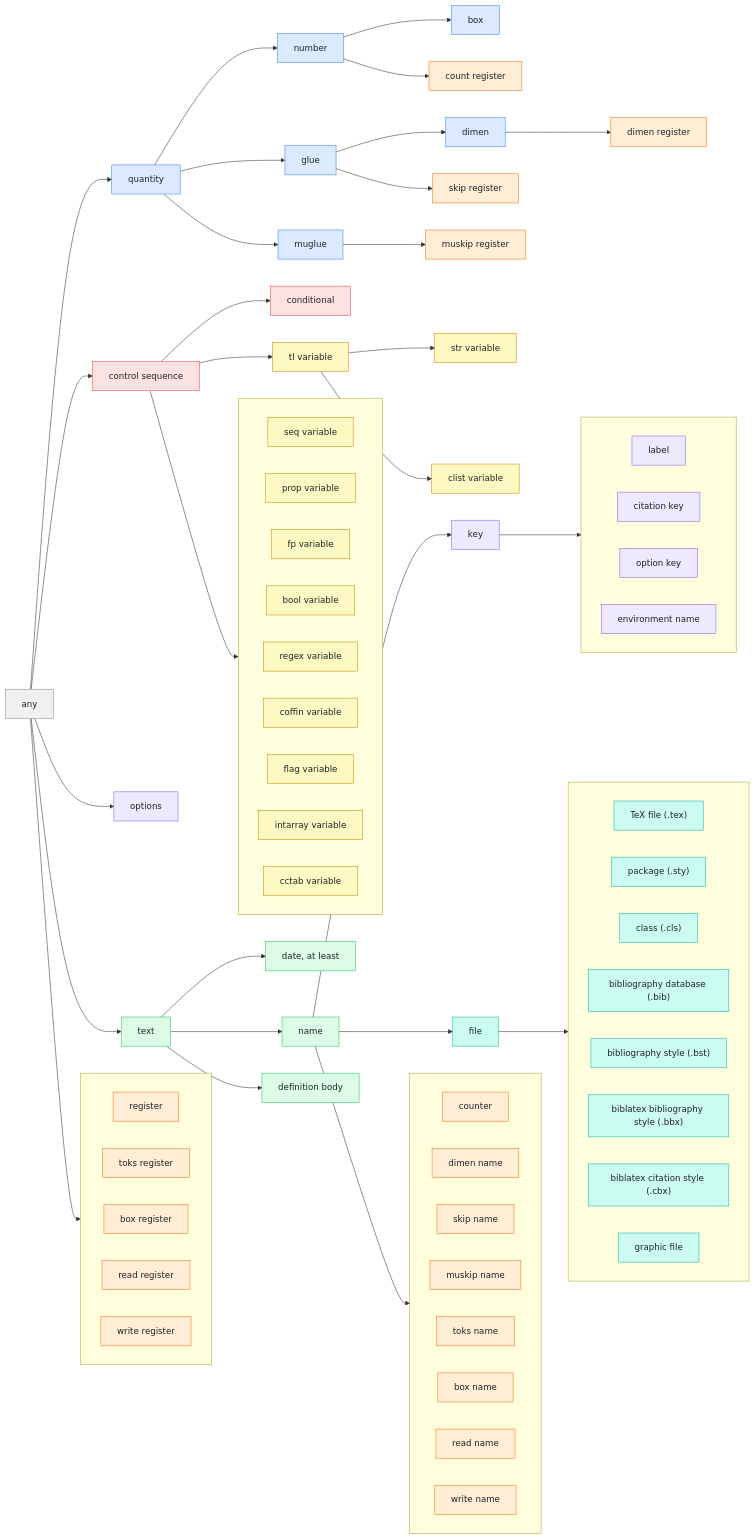
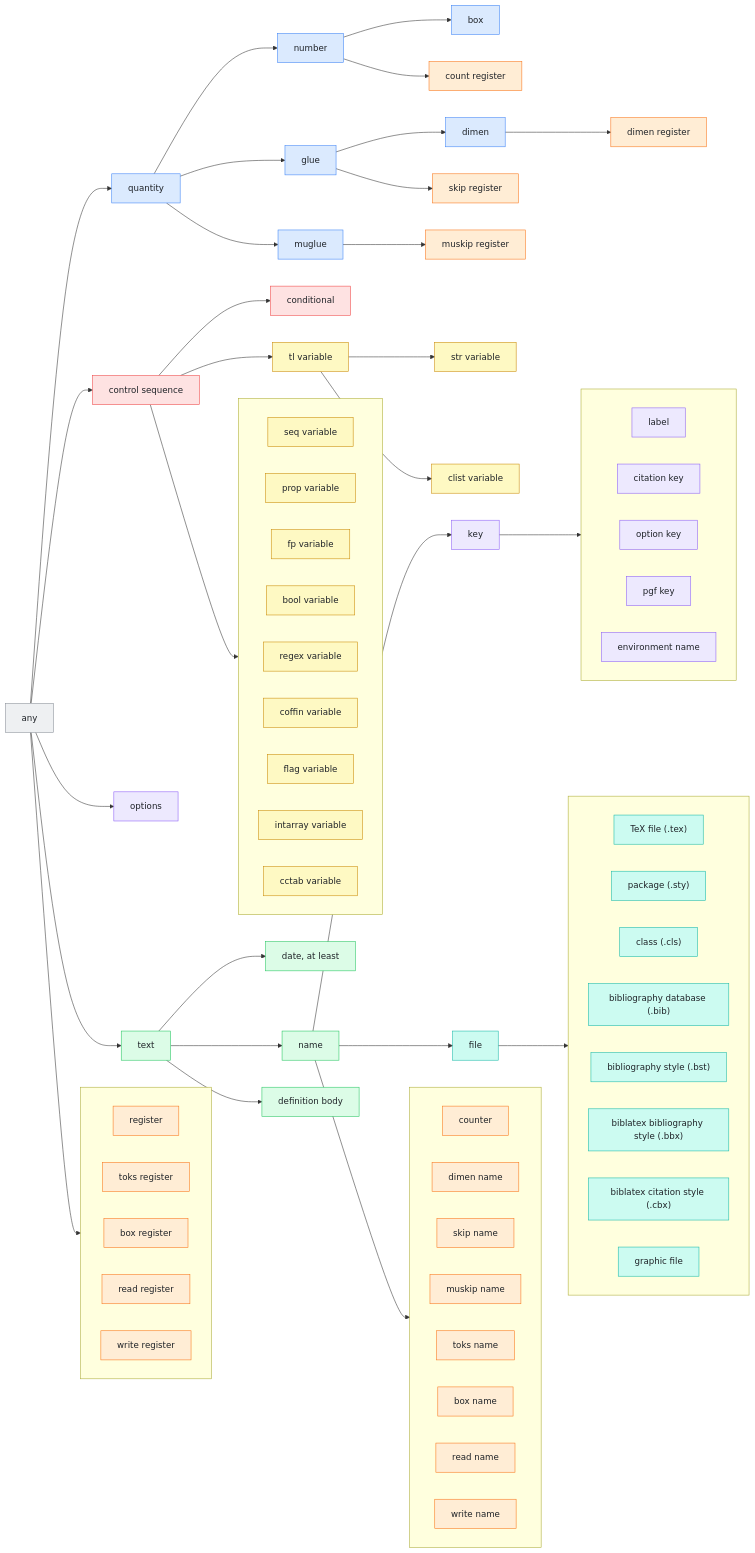
The diagram in doc/wiki/domains.md (EagleoutIce/satex-analyzer), drawn with Mermaid before and after one commit. The commit also changed other lines of this file and 5 other files, not shown here.

```diff
--- a/doc/wiki/domains.md
+++ b/doc/wiki/domains.md
@@ -301,16 +301,17 @@
   t44["label"]:::key
   t45["citation key"]:::key
   t46["option key"]:::key
-  t47["environment name"]:::key
-  t48["file"]:::file
-  t49["TeX file (.tex)"]:::file
-  t50["package (.sty)"]:::file
-  t51["class (.cls)"]:::file
-  t52["bibliography database (.bib)"]:::file
-  t53["bibliography style (.bst)"]:::file
-  t54["biblatex bibliography style (.bbx)"]:::file
-  t55["biblatex citation style (.cbx)"]:::file
-  t56["graphic file"]:::file
+  t47["pgf key"]:::key
+  t48["environment name"]:::key
+  t49["file"]:::file
+  t50["TeX file (.tex)"]:::file
+  t51["package (.sty)"]:::file
+  t52["class (.cls)"]:::file
+  t53["bibliography database (.bib)"]:::file
+  t54["bibliography style (.bst)"]:::file
+  t55["biblatex bibliography style (.bbx)"]:::file
+  t56["biblatex citation style (.cbx)"]:::file
+  t57["graphic file"]:::file
   subgraph g0_register[" "]
     direction LR
     t7
@@ -351,11 +352,11 @@
     t45
     t46
     t47
+    t48
   end
   t43 --> g43_key
-  subgraph g48_file[" "]
+  subgraph g49_file[" "]
     direction LR
-    t49
     t50
     t51
     t52
@@ -363,8 +364,9 @@
     t54
     t55
     t56
+    t57
   end
-  t48 --> g48_file
+  t49 --> g49_file
   t0 --> t1
   t1 --> t2
   t4 --> t3
@@ -386,7 +388,7 @@
   t4 --> t29
   t5 --> t30
   t13 --> t43
-  t13 --> t48
+  t13 --> t49
   classDef top fill:#eef0f2,stroke:#8a8f98,color:#1f2328
   classDef quantity fill:#dbeafe,stroke:#3b82f6,color:#1f2328
   classDef register fill:#ffedd5,stroke:#f97316,color:#1f2328
```
